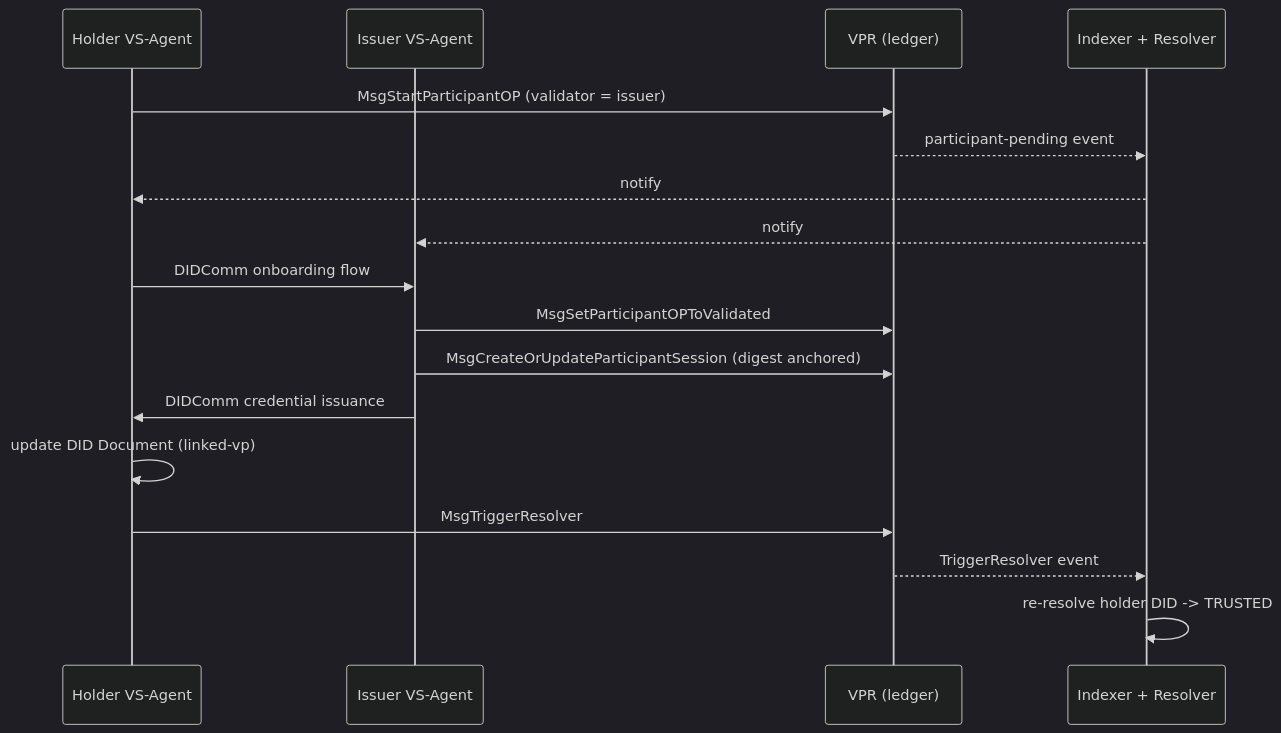
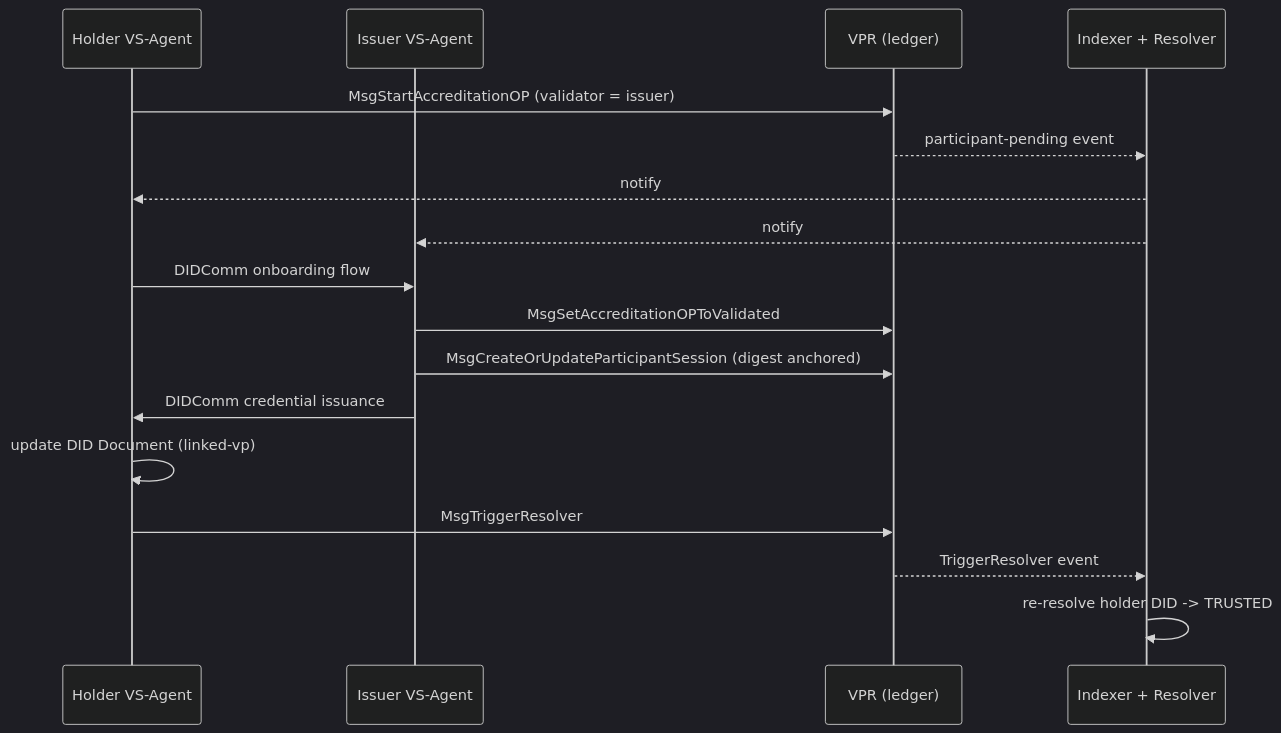
One commit to verana-labs/verifiable-trust-spec changed the fifth of 6 diagrams in spec.md. Above: the diagram before and after it, drawn with Mermaid (dark theme). The commit also changed other lines of this file, not shown here.

First line of the commit message:
Rename Participant to Accreditation (VPR f329e73)

````diff
--- a/spec.md
+++ b/spec.md
@@ -2281,20 +2281,20 @@
 ```mermaid
 sequenceDiagram
     participant Holder as Holder VS-Agent
     participant Issuer as Issuer VS-Agent
     participant VPR as VPR (ledger)
     participant Idx as Indexer + Resolver
 
-    Holder->>VPR: MsgStartParticipantOP (validator = issuer)
+    Holder->>VPR: MsgStartAccreditationOP (validator = issuer)
     VPR-->>Idx: participant-pending event
     Idx-->>Holder: notify
     Idx-->>Issuer: notify
     Holder->>Issuer: DIDComm onboarding flow
-    Issuer->>VPR: MsgSetParticipantOPToValidated
+    Issuer->>VPR: MsgSetAccreditationOPToValidated
     Issuer->>VPR: MsgCreateOrUpdateParticipantSession (digest anchored)
     Issuer->>Holder: DIDComm credential issuance
     Holder->>Holder: update DID Document (linked-vp)
     Holder->>VPR: MsgTriggerResolver
     VPR-->>Idx: TriggerResolver event
     Idx->>Idx: re-resolve holder DID -> TRUSTED
 ```
````
